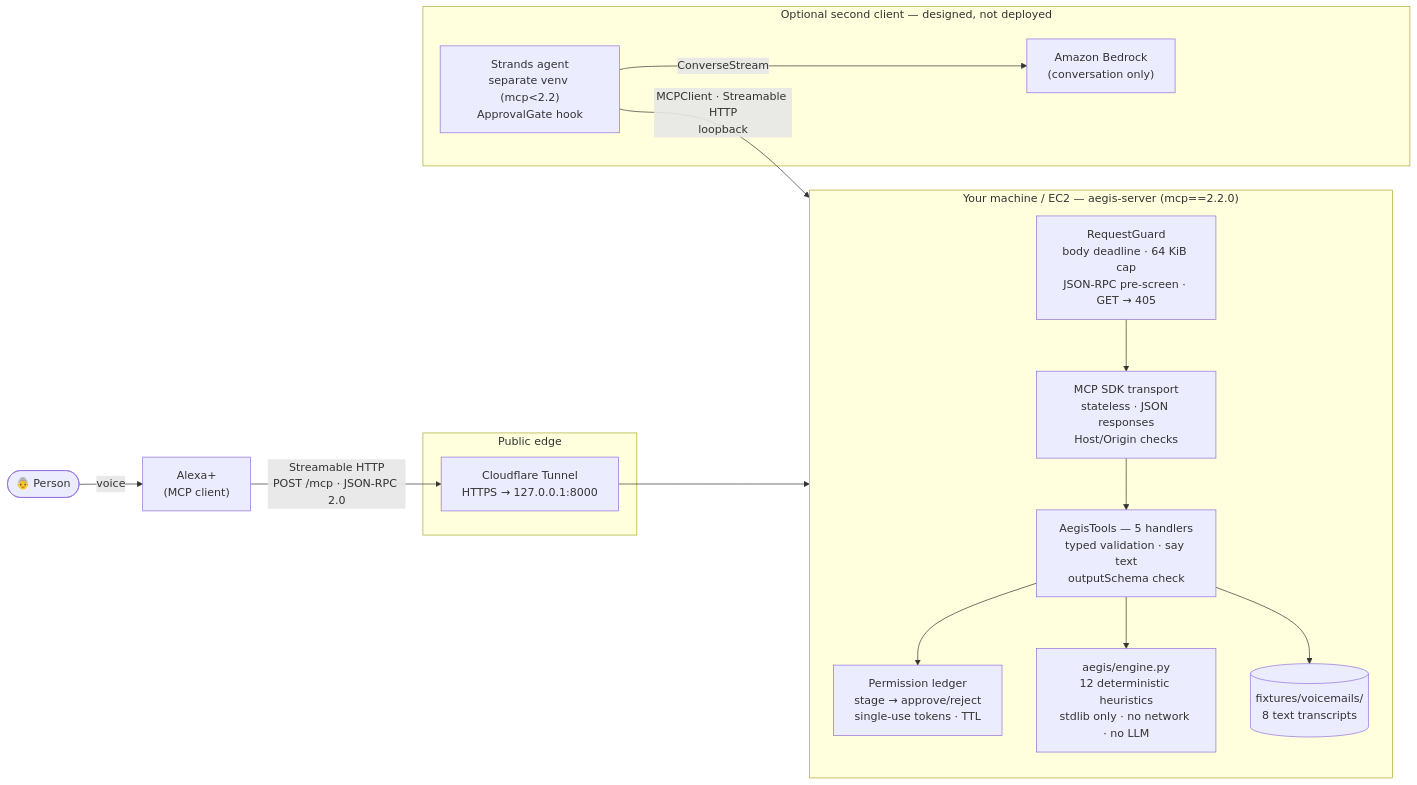
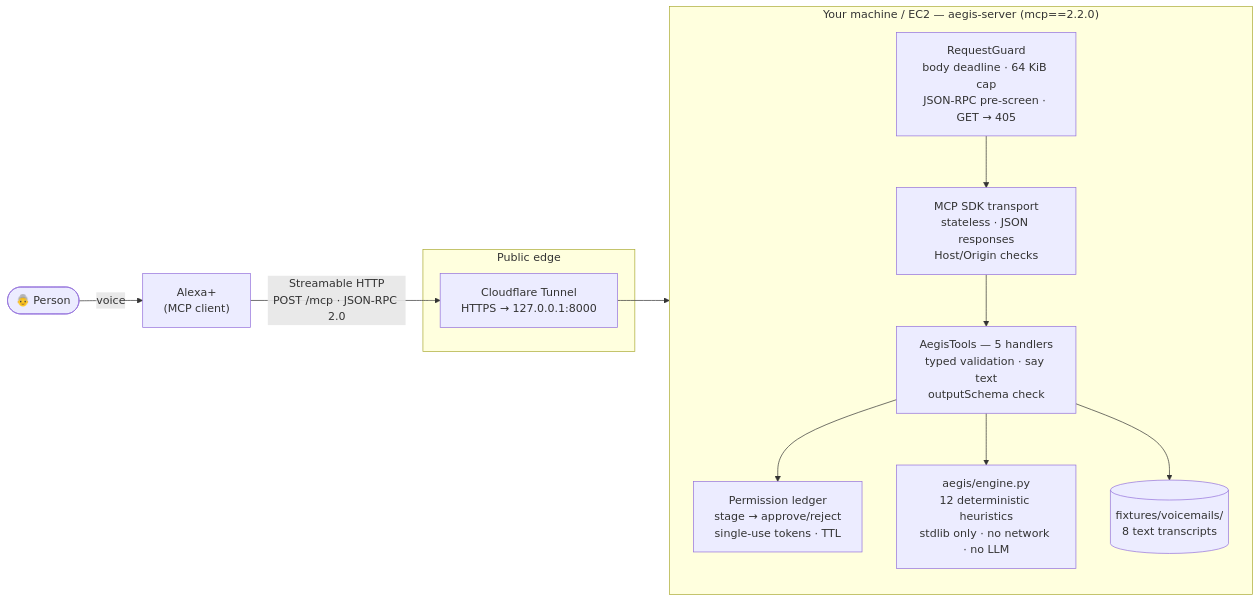
The first of 3 diagrams in README.md (utlityapps/aegis-mcp), drawn with Mermaid before and after one commit. The commit also changed other lines of this file and 34 other files, not shown here.

````diff
--- a/README.md
+++ b/README.md
@@ -42,34 +56,27 @@
 ```mermaid
 flowchart LR
     person(["👵 Person"]) -- "voice" --> alexa["Alexa+<br/>(MCP client)"]
 
     subgraph edge["Public edge"]
         tunnel["Cloudflare Tunnel<br/>HTTPS → 127.0.0.1:8000"]
     end
 
     alexa -- "Streamable HTTP<br/>POST /mcp · JSON-RPC 2.0" --> tunnel
 
     subgraph host["Your machine / EC2 — aegis-server (mcp==2.2.0)"]
         direction TB
         guard["RequestGuard<br/>body deadline · 64 KiB cap<br/>JSON-RPC pre-screen · GET → 405"]
         sdk["MCP SDK transport<br/>stateless · JSON responses<br/>Host/Origin checks"]
         tools["AegisTools — 5 handlers<br/>typed validation · say text<br/>outputSchema check"]
         ledger["Permission ledger<br/>stage → approve/reject<br/>single-use tokens · TTL"]
         engine["aegis/engine.py<br/>12 deterministic heuristics<br/>stdlib only · no network · no LLM"]
         fixtures[("fixtures/voicemails/<br/>8 text transcripts")]
         guard --> sdk --> tools
         tools --> ledger
         tools --> engine
         tools --> fixtures
     end
 
     tunnel --> guard
 
-    subgraph aws["Optional second client — designed, not deployed"]
-        agent["Strands agent<br/>separate venv (mcp&lt;2.2)<br/>ApprovalGate hook"]
-        bedrock["Amazon Bedrock<br/>(conversation only)"]
-        agent -- "ConverseStream" --> bedrock
-    end
-
-    agent -- "MCPClient · Streamable HTTP<br/>loopback" --> guard
 ```
````
